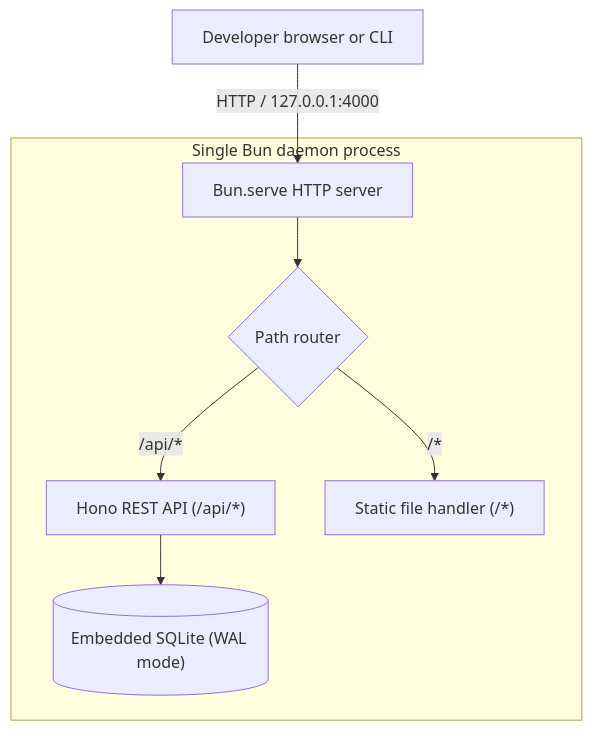
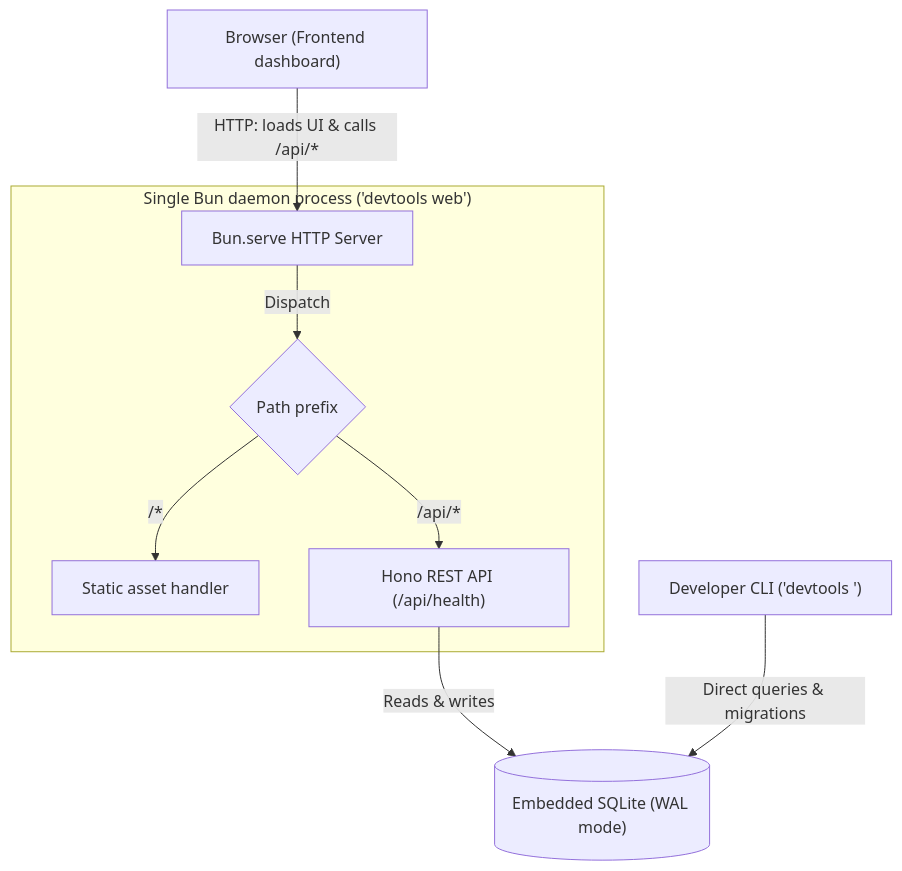
The first of 2 diagrams in site/content/docs/explanation/daemon-architecture.mdx (AhmedHanye/devtools), drawn with Mermaid before and after one commit. The commit also changed other lines of this file and 10 other files, not shown here.

````diff
--- a/site/content/docs/explanation/daemon-architecture.mdx
+++ b/site/content/docs/explanation/daemon-architecture.mdx
@@ -22,17 +22,15 @@
 ```mermaid
 flowchart TD
-  subgraph BunProcess["Single Bun daemon process"]
-    Server["Bun.serve HTTP server"]
-    Router{"Path router"}
-    Hono["Hono REST API (/api/*)"]
-    Static["Static file handler (/*)"]
-    DB[("Embedded SQLite (WAL mode)")]
+  Browser["Browser (Frontend dashboard)"] -->|"HTTP: loads UI & calls /api/*"| Server["Bun.serve HTTP Server"]
 
-    Server --> Router
-    Router -->|"/api/*"| Hono
-    Router -->|"/*"| Static
-    Hono --> DB
+  subgraph DaemonProcess["Single Bun daemon process ('devtools web')"]
+    Server -->|"Dispatch"| Dispatch{"Path prefix"}
+    Dispatch -->|"/*"| Static["Static asset handler"]
+    Dispatch -->|"/api/*"| Hono["Hono REST API (/api/health)"]
   end
 
-  Client["Developer browser or CLI"] -->|HTTP / 127.0.0.1:4000| Server
+  CLI["Developer CLI ('devtools <cmd>')"]
+
+  Hono -->|"Reads & writes"| DB[("Embedded SQLite (WAL mode)")]
+  CLI -->|"Direct queries & migrations"| DB
 ```
````
